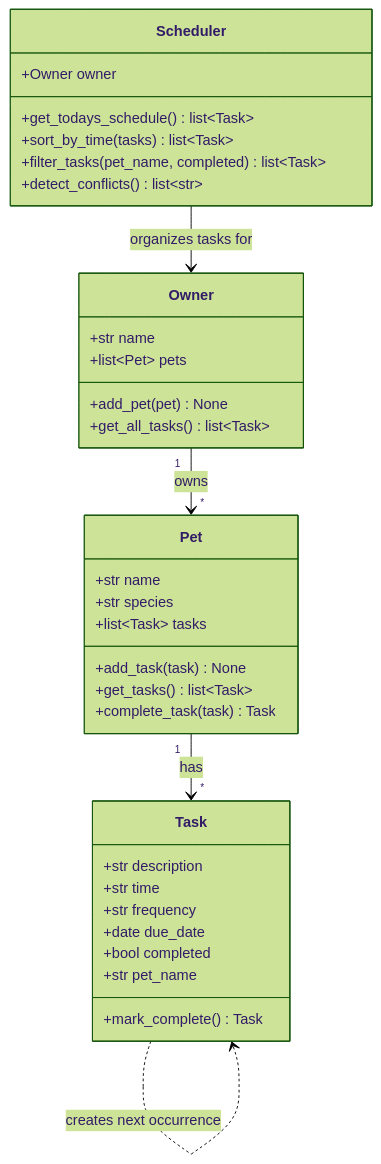
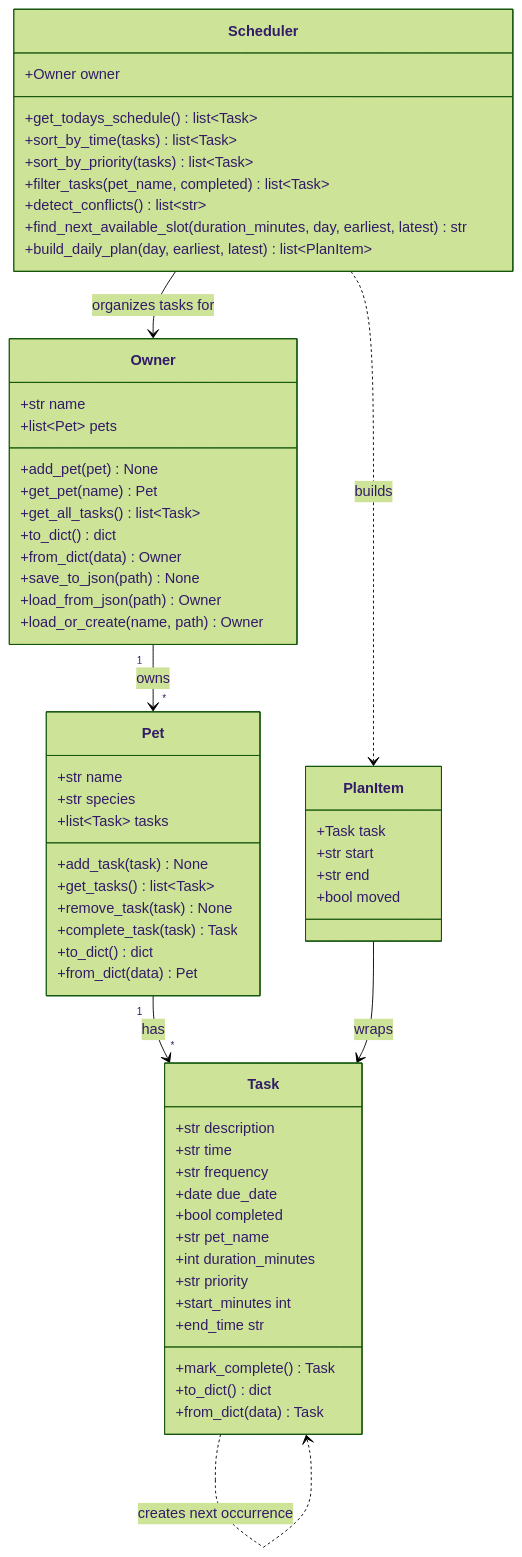
The diagram in diagrams/uml.mmd (owensnaviyah12-rgb/ai110-module2show-pawpal-starter), drawn with Mermaid (forest theme) before and after one commit.

Commit message:
Add PlanItem class to UML diagram

```diff
--- a/diagrams/uml.mmd
+++ b/diagrams/uml.mmd
@@ -1,39 +1,66 @@
 classDiagram
     class Owner {
         +str name
         +list~Pet~ pets
         +add_pet(pet) None
+        +get_pet(name) Pet
         +get_all_tasks() list~Task~
+        +to_dict() dict
+        +from_dict(data) Owner
+        +save_to_json(path) None
+        +load_from_json(path) Owner
+        +load_or_create(name, path) Owner
     }
 
     class Pet {
         +str name
         +str species
         +list~Task~ tasks
         +add_task(task) None
         +get_tasks() list~Task~
+        +remove_task(task) None
         +complete_task(task) Task
+        +to_dict() dict
+        +from_dict(data) Pet
     }
 
     class Task {
         +str description
         +str time
         +str frequency
         +date due_date
         +bool completed
         +str pet_name
+        +int duration_minutes
+        +str priority
+        +start_minutes int
+        +end_time str
         +mark_complete() Task
+        +to_dict() dict
+        +from_dict(data) Task
     }
 
     class Scheduler {
         +Owner owner
         +get_todays_schedule() list~Task~
         +sort_by_time(tasks) list~Task~
+        +sort_by_priority(tasks) list~Task~
         +filter_tasks(pet_name, completed) list~Task~
         +detect_conflicts() list~str~
+        +find_next_available_slot(duration_minutes, day, earliest, latest) str
+        +build_daily_plan(day, earliest, latest) list~PlanItem~
+    }
+
+    class PlanItem {
+        +Task task
+        +str start
+        +str end
+        +bool moved
     }
 
     Owner "1" --> "*" Pet : owns
     Pet "1" --> "*" Task : has
     Scheduler --> Owner : organizes tasks for
+    Scheduler ..> PlanItem : builds
+    PlanItem --> Task : wraps
     Task ..> Task : creates next occurrence
```
